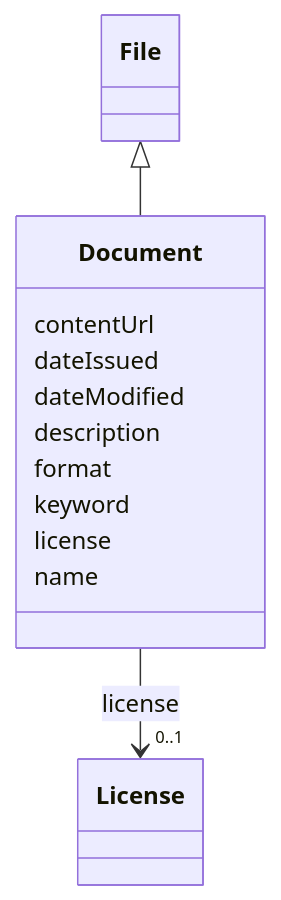
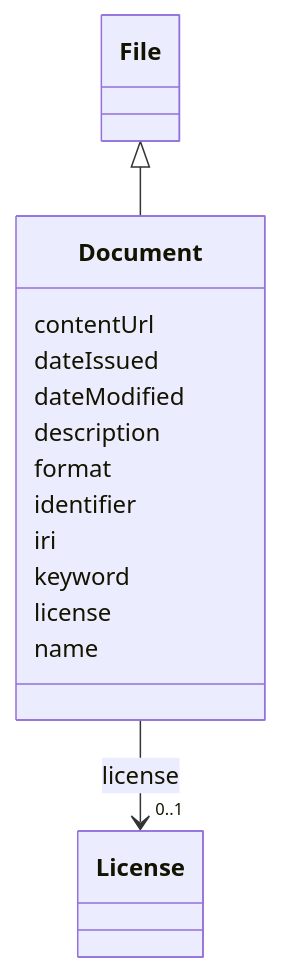
One commit to EVORA-project/evora-ontology changed the diagram in models/docs/Document.md. Above: the diagram before and after it, drawn with Mermaid. The commit also changed other lines of this file and 391 other files, not shown here.

````diff
--- a/models/docs/Document.md
+++ b/models/docs/Document.md
@@ -19,32 +19,36 @@
 ```mermaid
  classDiagram
     class Document
     click Document href "../Document"
       File <|-- Document
         click File href "../File"
       
       Document : contentUrl
         
       Document : dateIssued
         
       Document : dateModified
         
       Document : description
         
       Document : format
         
+      Document : identifier
+        
+      Document : iri
+        
       Document : keyword
         
       Document : license
         
           
     
     
     Document --> "0..1" License : license
     click License href "../License"
 
         
       Document : name
         
       
 ```
````
